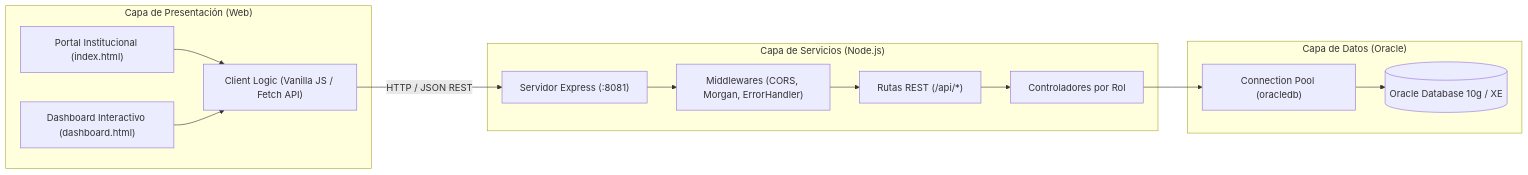
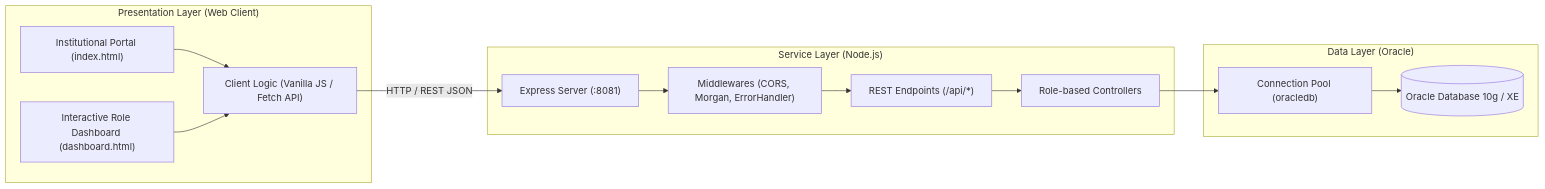
Before and after one commit to FlipSv/sigpa-web: the diagram in README.md, drawn with Mermaid. The commit also changed other lines of this file, not shown here.

````diff
--- a/README.md
+++ b/README.md
@@ -19,26 +19,26 @@
 ```mermaid
 graph LR
-    subgraph Frontend["Capa de Presentación (Web)"]
-        UI["Portal Institucional (index.html)"]
-        DASH["Dashboard Interactivo (dashboard.html)"]
+    subgraph Frontend["Presentation Layer (Web Client)"]
+        UI["Institutional Portal (index.html)"]
+        DASH["Interactive Role Dashboard (dashboard.html)"]
         JS["Client Logic (Vanilla JS / Fetch API)"]
     end
 
-    subgraph Backend["Capa de Servicios (Node.js)"]
-        EXP["Servidor Express (:8081)"]
+    subgraph Backend["Service Layer (Node.js)"]
+        EXP["Express Server (:8081)"]
         MW["Middlewares (CORS, Morgan, ErrorHandler)"]
-        ROUTES["Rutas REST (/api/*)"]
-        CTRL["Controladores por Rol"]
+        ROUTES["REST Endpoints (/api/*)"]
+        CTRL["Role-based Controllers"]
     end
 
-    subgraph Database["Capa de Datos (Oracle)"]
+    subgraph Database["Data Layer (Oracle)"]
         POOL["Connection Pool (oracledb)"]
         ORACLE[("Oracle Database 10g / XE")]
     end
 
     UI --> JS
     DASH --> JS
-    JS -->|"HTTP / JSON REST"| EXP
+    JS -->|"HTTP / REST JSON"| EXP
     EXP --> MW --> ROUTES --> CTRL
     CTRL --> POOL --> ORACLE
 ```
````
